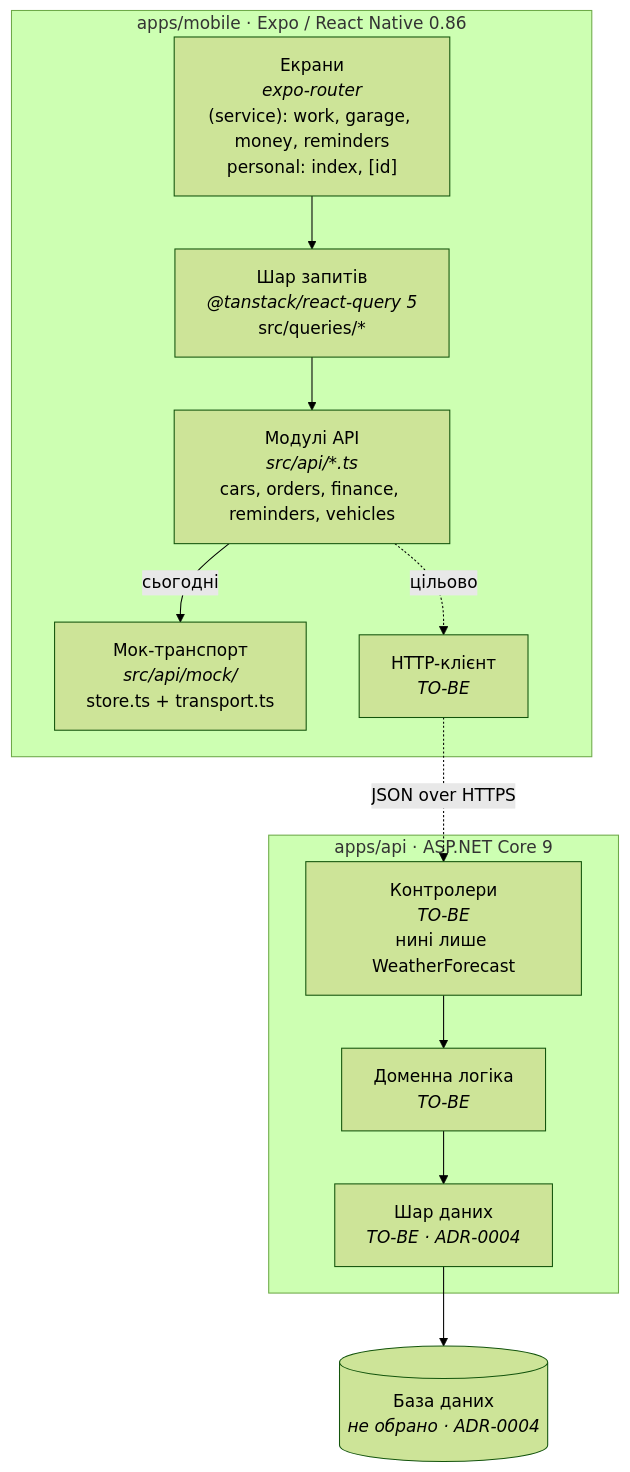
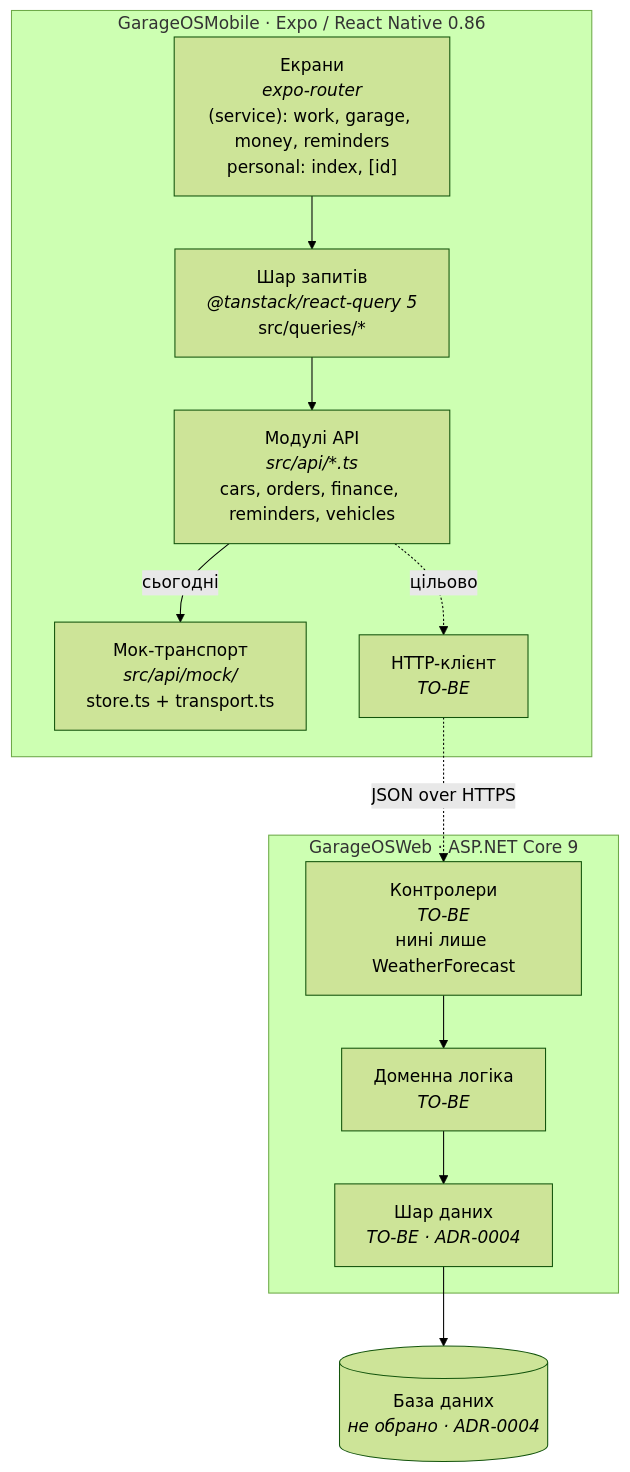
The diagram in GarageOSMobile/docs/atlas/01-containers.md (maksymkrat/GarageOS), drawn with Mermaid (forest theme) before and after one commit. The commit also changed other lines of this file and 11 other files, not shown here.

````diff
--- a/GarageOSMobile/docs/atlas/01-containers.md
+++ b/GarageOSMobile/docs/atlas/01-containers.md
@@ -5,27 +5,27 @@
 ```mermaid
 flowchart TB
-    subgraph client["apps/mobile · Expo / React Native 0.86"]
+    subgraph client["GarageOSMobile · Expo / React Native 0.86"]
         screens["Екрани<br/><i>expo-router</i><br/>(service): work, garage, money, reminders<br/>personal: index, [id]"]
         queries["Шар запитів<br/><i>@tanstack/react-query 5</i><br/>src/queries/*"]
         apimod["Модулі API<br/><i>src/api/*.ts</i><br/>cars, orders, finance, reminders, vehicles"]
         mock["Мок-транспорт<br/><i>src/api/mock/</i><br/>store.ts + transport.ts"]
         http["HTTP-клієнт<br/><i>TO-BE</i>"]
     end
 
-    subgraph server["apps/api · ASP.NET Core 9"]
+    subgraph server["GarageOSWeb · ASP.NET Core 9"]
         ctrl["Контролери<br/><i>TO-BE</i><br/>нині лише WeatherForecast"]
         domain["Доменна логіка<br/><i>TO-BE</i>"]
         data["Шар даних<br/><i>TO-BE · ADR-0004</i>"]
     end
 
     db[("База даних<br/><i>не обрано · ADR-0004</i>")]
 
     screens --> queries
     queries --> apimod
     apimod -->|сьогодні| mock
     apimod -.->|цільово| http
     http -.->|JSON over HTTPS| ctrl
     ctrl --> domain
     domain --> data
     data --> db
 ```
````
